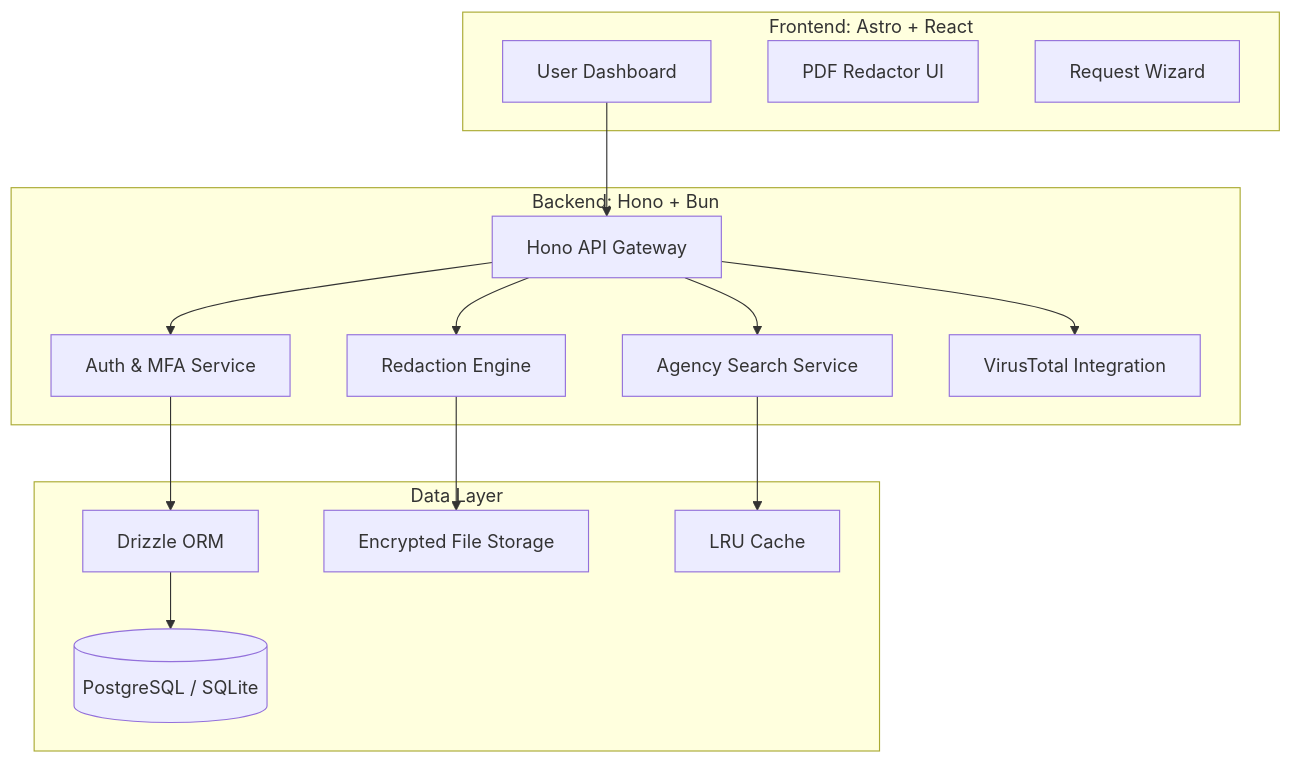
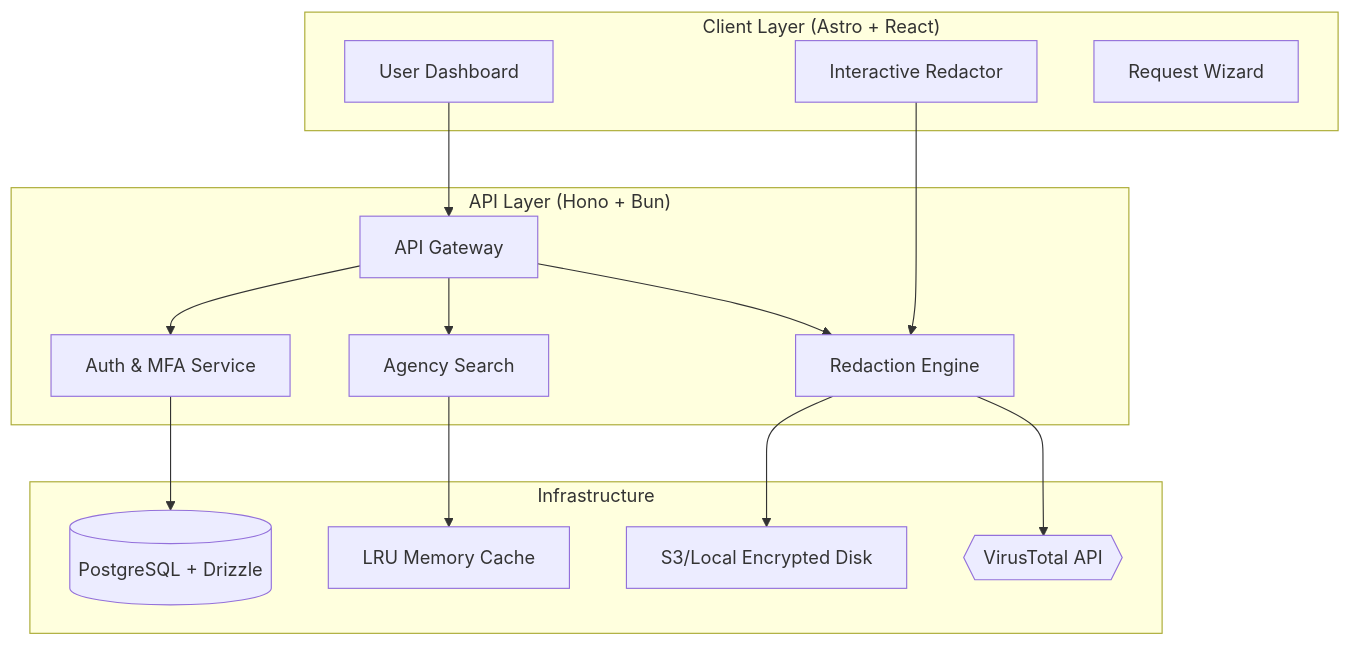
The first of 2 diagrams in README.md (WomB0ComB0/foia-stream), drawn with Mermaid before and after one commit. The commit also changed other lines of this file, not shown here.

````diff
--- a/README.md
+++ b/README.md
@@ -85,33 +78,32 @@
 ```mermaid
 graph TD
-    subgraph Client_Layer [Frontend: Astro + React]
+    subgraph "Client Layer (Astro + React)"
         UI[User Dashboard]
-        Viewer[PDF Redactor UI]
-        Forms[Request Wizard]
+        RedactUI[Interactive Redactor]
+        Form[Request Wizard]
     end
 
-    subgraph API_Layer [Backend: Hono + Bun]
-        Gateway[Hono API Gateway]
-        AuthSvc[Auth & MFA Service]
+    subgraph "API Layer (Hono + Bun)"
+        Gateway[API Gateway]
+        Auth[Auth & MFA Service]
         RedactSvc[Redaction Engine]
-        AgencySvc[Agency Search Service]
-        ScanSvc[VirusTotal Integration]
+        AgencySvc[Agency Search]
     end
 
-    subgraph Persistence [Data Layer]
-        DB[(PostgreSQL / SQLite)]
-        ORM[Drizzle ORM]
-        Storage[Encrypted File Storage]
-        Cache[LRU Cache]
+    subgraph "Infrastructure"
+        DB[(PostgreSQL + Drizzle)]
+        Cache[LRU Memory Cache]
+        Storage[S3/Local Encrypted Disk]
+        AV{{VirusTotal API}}
     end
 
     UI --> Gateway
-    Gateway --> AuthSvc
+    RedactUI --> RedactSvc
+    Gateway --> Auth
     Gateway --> RedactSvc
     Gateway --> AgencySvc
-    Gateway --> ScanSvc
-    AuthSvc --> ORM
-    ORM --> DB
+    RedactSvc --> AV
     RedactSvc --> Storage
     AgencySvc --> Cache
+    Auth --> DB
 ```
````
